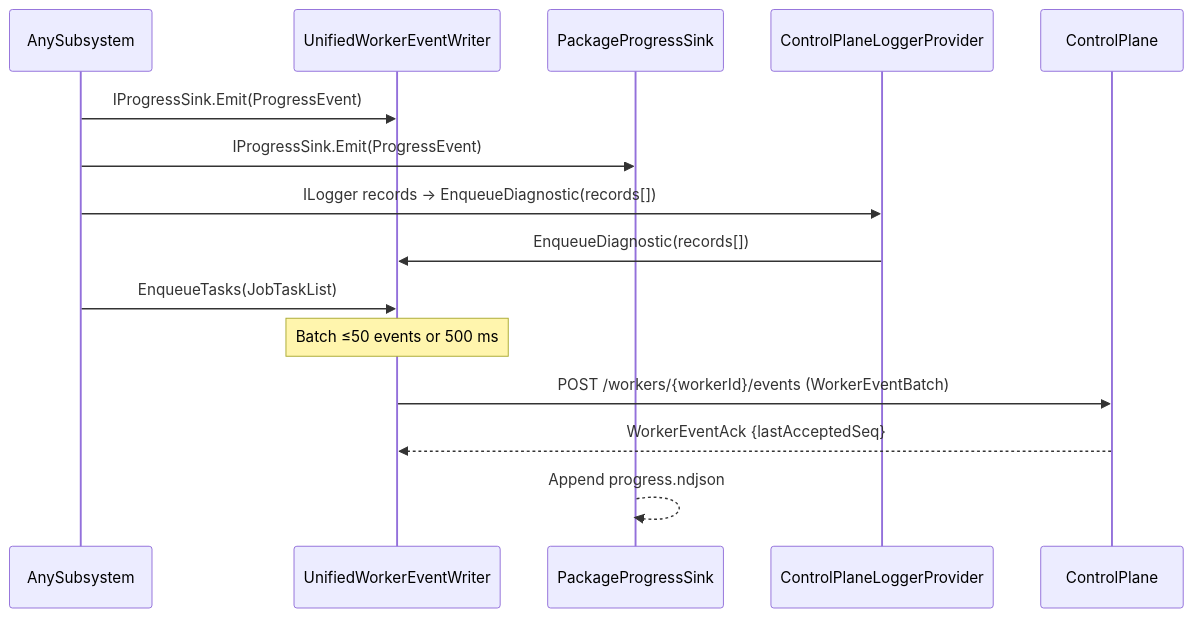
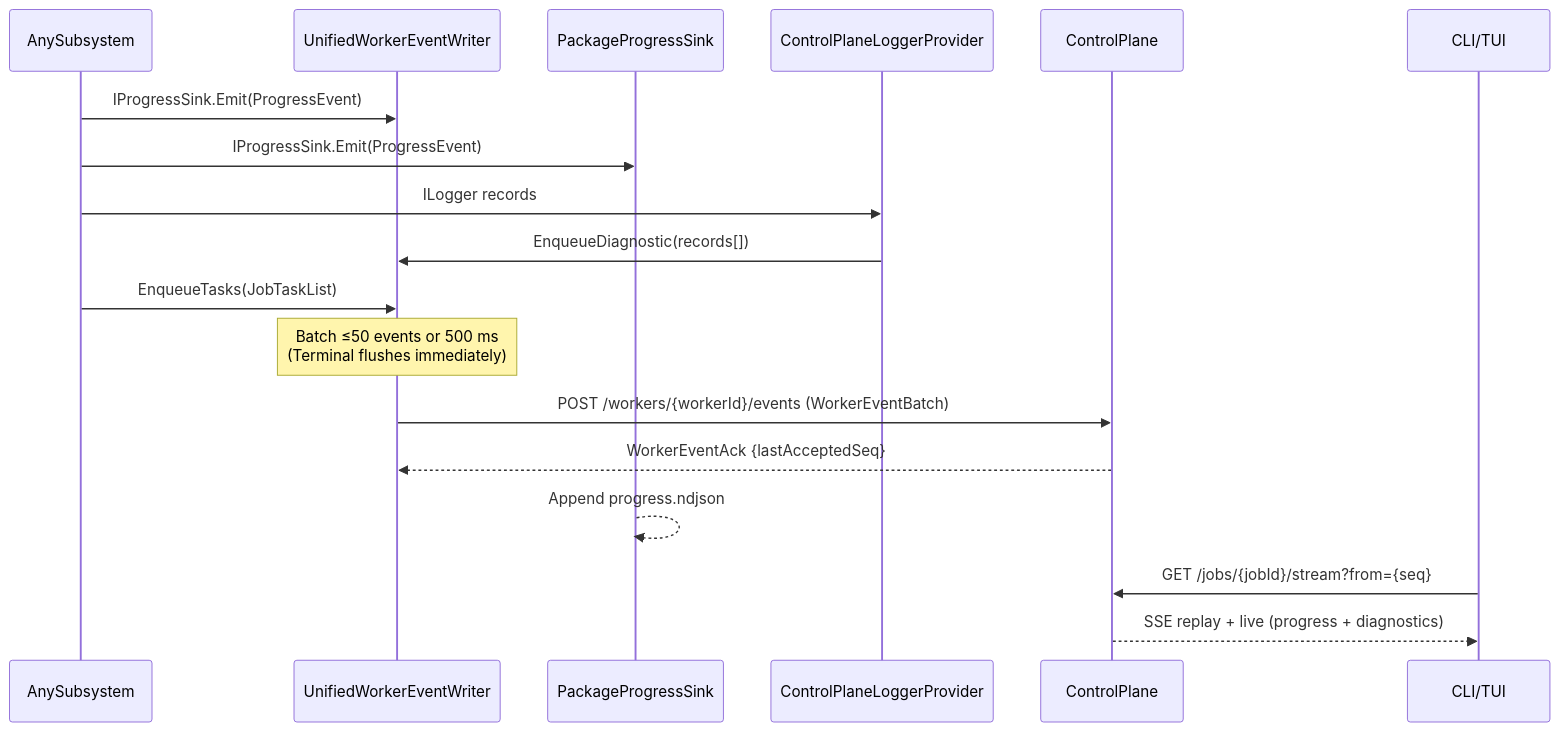
Before and after one commit to nkdAgility/azure-devops-migration-platform: the diagram in .agents/10-contracts/specs/observability-transport-contract.md, drawn with Mermaid. The commit also changed other lines of this file and 10 other files, not shown here.

````diff
--- a/.agents/10-contracts/specs/observability-transport-contract.md
+++ b/.agents/10-contracts/specs/observability-transport-contract.md
@@ -30,18 +64,21 @@
 ```mermaid
 sequenceDiagram
   participant SUB as AnySubsystem
   participant UEW as UnifiedWorkerEventWriter
   participant PPS as PackageProgressSink
   participant CLP as ControlPlaneLoggerProvider
   participant CP as ControlPlane
+  participant CLI as CLI/TUI
 
   SUB->>UEW: IProgressSink.Emit(ProgressEvent)
   SUB->>PPS: IProgressSink.Emit(ProgressEvent)
-  SUB->>CLP: ILogger records → EnqueueDiagnostic(records[])
+  SUB->>CLP: ILogger records
   CLP->>UEW: EnqueueDiagnostic(records[])
   SUB->>UEW: EnqueueTasks(JobTaskList)
-  Note over UEW: Batch ≤50 events or 500 ms
+  Note over UEW: Batch ≤50 events or 500 ms<br/>(Terminal flushes immediately)
   UEW->>CP: POST /workers/{workerId}/events (WorkerEventBatch)
   CP-->>UEW: WorkerEventAck {lastAcceptedSeq}
   PPS-->>PPS: Append progress.ndjson
+  CLI->>CP: GET /jobs/{jobId}/stream?from={seq}
+  CP-->>CLI: SSE replay + live (progress + diagnostics)
 ```
````
